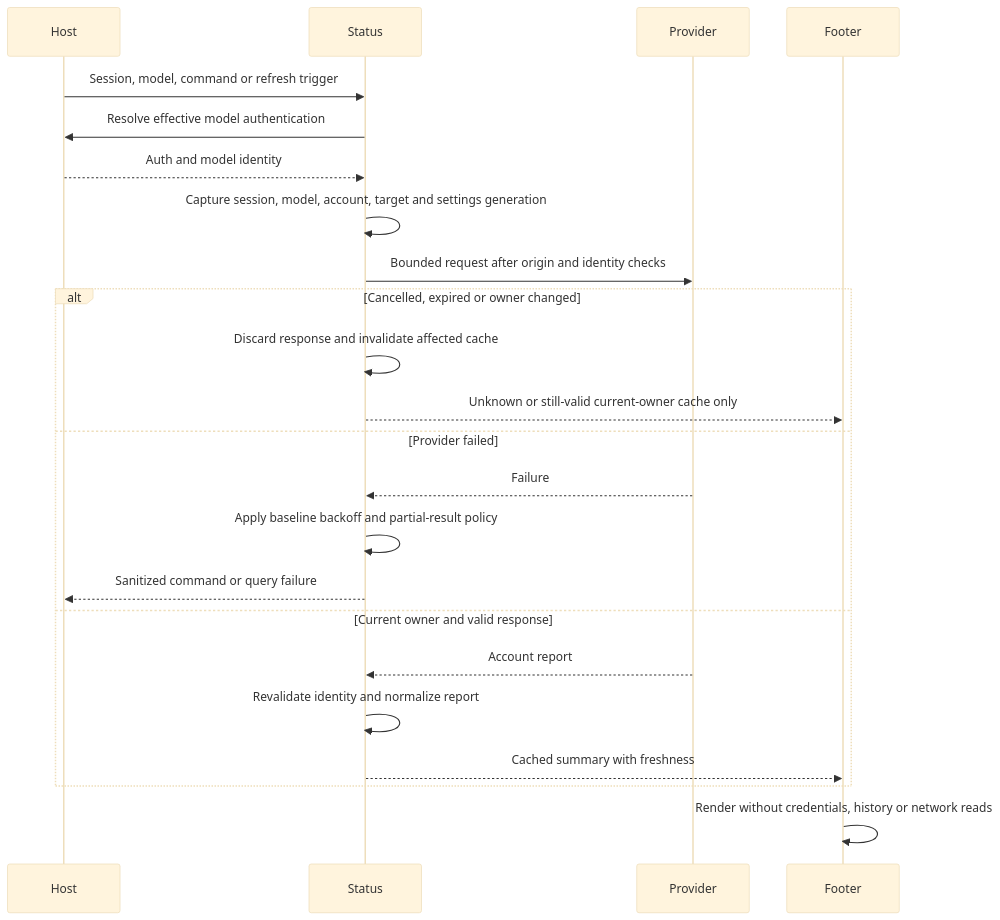
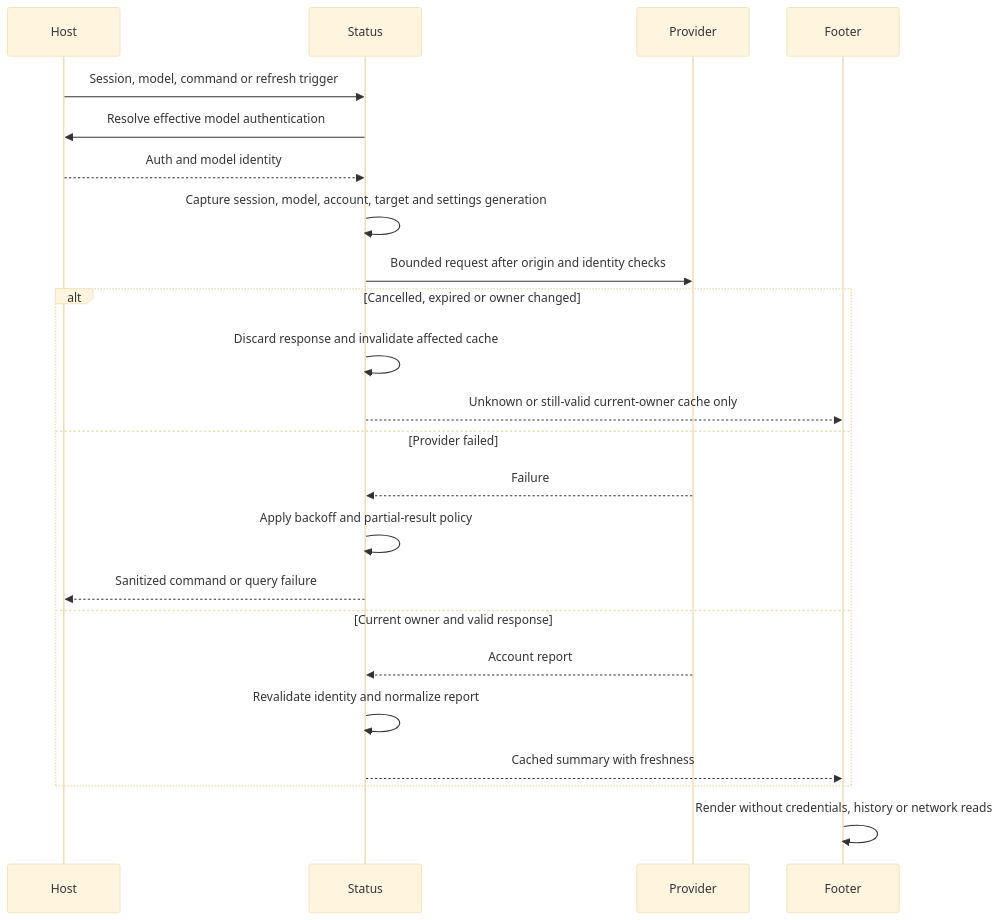
Before and after one commit to danruto/pig-plugins: the second of 2 diagrams in docs/designs/architecture.md, drawn with Mermaid (base theme). The commit also changed other lines of this file and 100 other files, not shown here.

````diff
--- a/docs/designs/architecture.md
+++ b/docs/designs/architecture.md
@@ -92,25 +35,25 @@
 ```mermaid
 sequenceDiagram
     participant Host
     participant Status
     participant Provider
     participant Footer
     Host->>Status: Session, model, command or refresh trigger
     Status->>Host: Resolve effective model authentication
     Host-->>Status: Auth and model identity
     Status->>Status: Capture session, model, account, target and settings generation
     Status->>Provider: Bounded request after origin and identity checks
     alt Cancelled, expired or owner changed
         Status->>Status: Discard response and invalidate affected cache
         Status-->>Footer: Unknown or still-valid current-owner cache only
     else Provider failed
         Provider-->>Status: Failure
-        Status->>Status: Apply baseline backoff and partial-result policy
+        Status->>Status: Apply backoff and partial-result policy
         Status-->>Host: Sanitized command or query failure
     else Current owner and valid response
         Provider-->>Status: Account report
         Status->>Status: Revalidate identity and normalize report
         Status-->>Footer: Cached summary with freshness
     end
     Footer->>Footer: Render without credentials, history or network reads
 ```
````
